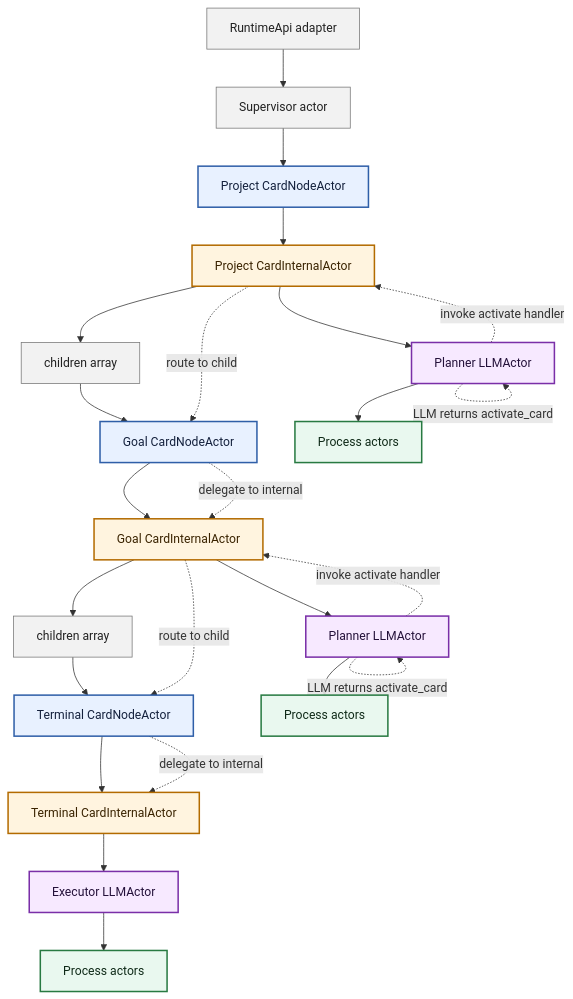
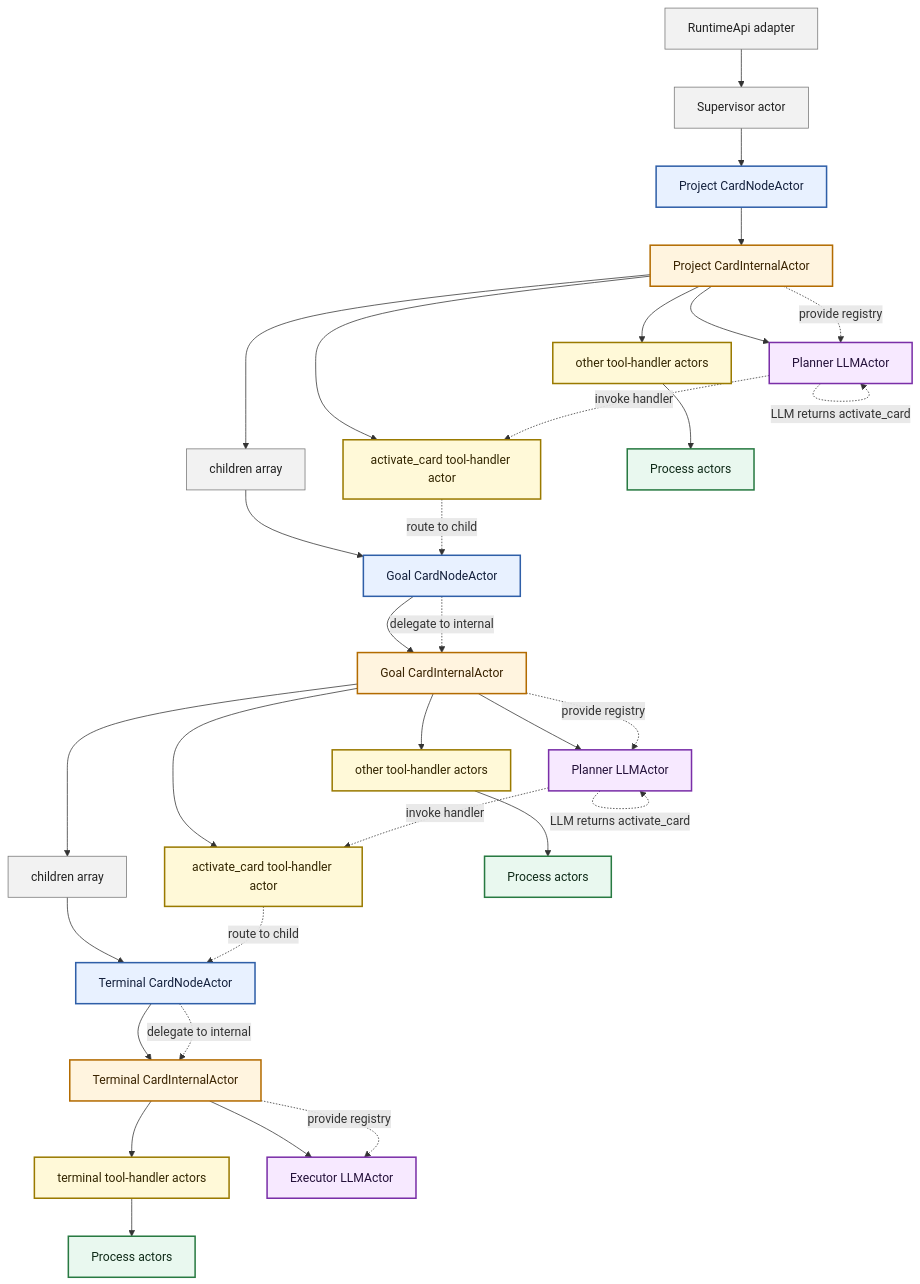
The first of 2 diagrams in docs/architecture/xstate-runtime-core.md (salva/saivage-v3), drawn with Mermaid before and after one commit. The commit also changed other lines of this file, not shown here.

Commit message:
docs: show tool handlers in actor tree

````diff
--- a/docs/architecture/xstate-runtime-core.md
+++ b/docs/architecture/xstate-runtime-core.md
@@ -64,44 +64,54 @@
 ```mermaid
 graph TD
   api[RuntimeApi adapter] --> supervisor[Supervisor actor]
   supervisor --> projectNode
 
   projectNode[Project CardNodeActor] --> projectInternal[Project CardInternalActor]
   projectInternal --> projectChildren[children array]
   projectChildren --> goalNode[Goal CardNodeActor]
 
   goalNode --> goalInternal[Goal CardInternalActor]
   goalInternal --> goalChildren[children array]
   goalChildren --> terminalNode[Terminal CardNodeActor]
 
   terminalNode --> terminalInternal[Terminal CardInternalActor]
 
+  projectInternal --> projectActivate[activate_card tool-handler actor]
+  projectInternal --> projectTools[other tool-handler actors]
   projectInternal --> projectLlm[Planner LLMActor]
+  goalInternal --> goalActivate[activate_card tool-handler actor]
+  goalInternal --> goalTools[other tool-handler actors]
   goalInternal --> goalLlm[Planner LLMActor]
+  terminalInternal --> terminalTools[terminal tool-handler actors]
   terminalInternal --> terminalLlm[Executor LLMActor]
 
-  projectLlm --> projectProcess[Process actors]
-  goalLlm --> goalProcess[Process actors]
-  terminalLlm --> terminalProcess[Process actors]
+  projectTools --> projectProcess[Process actors]
+  goalTools --> goalProcess[Process actors]
+  terminalTools --> terminalProcess[Process actors]
 
+  projectInternal -. provide registry .-> projectLlm
   projectLlm -. LLM returns activate_card .-> projectLlm
-  projectLlm -. invoke activate handler .-> projectInternal
-  projectInternal -. route to child .-> goalNode
+  projectLlm -. invoke handler .-> projectActivate
+  projectActivate -. route to child .-> goalNode
   goalNode -. delegate to internal .-> goalInternal
+  goalInternal -. provide registry .-> goalLlm
   goalLlm -. LLM returns activate_card .-> goalLlm
-  goalLlm -. invoke activate handler .-> goalInternal
-  goalInternal -. route to child .-> terminalNode
+  goalLlm -. invoke handler .-> goalActivate
+  goalActivate -. route to child .-> terminalNode
   terminalNode -. delegate to internal .-> terminalInternal
+  terminalInternal -. provide registry .-> terminalLlm
 
   classDef nodeActor fill:#e8f1ff,stroke:#2f5fa8,stroke-width:2px,color:#14213d
   classDef internalActor fill:#fff4df,stroke:#b36b00,stroke-width:2px,color:#3a2300
   classDef llmActor fill:#f7e9ff,stroke:#7a2fa8,stroke-width:2px,color:#24113a
+  classDef toolHandler fill:#fff9d8,stroke:#9a7a00,stroke-width:2px,color:#332600
   classDef resourceActor fill:#e9f8ef,stroke:#287a42,stroke-width:2px,color:#0f2a18
   classDef support fill:#f2f2f2,stroke:#777,stroke-width:1px,color:#222
 
   class projectNode,goalNode,terminalNode nodeActor
   class projectInternal,goalInternal,terminalInternal internalActor
   class projectLlm,goalLlm,terminalLlm llmActor
+  class projectActivate,projectTools,goalActivate,goalTools,terminalTools toolHandler
   class projectProcess,goalProcess,terminalProcess resourceActor
   class api,supervisor,projectChildren,goalChildren support
 ```
````
